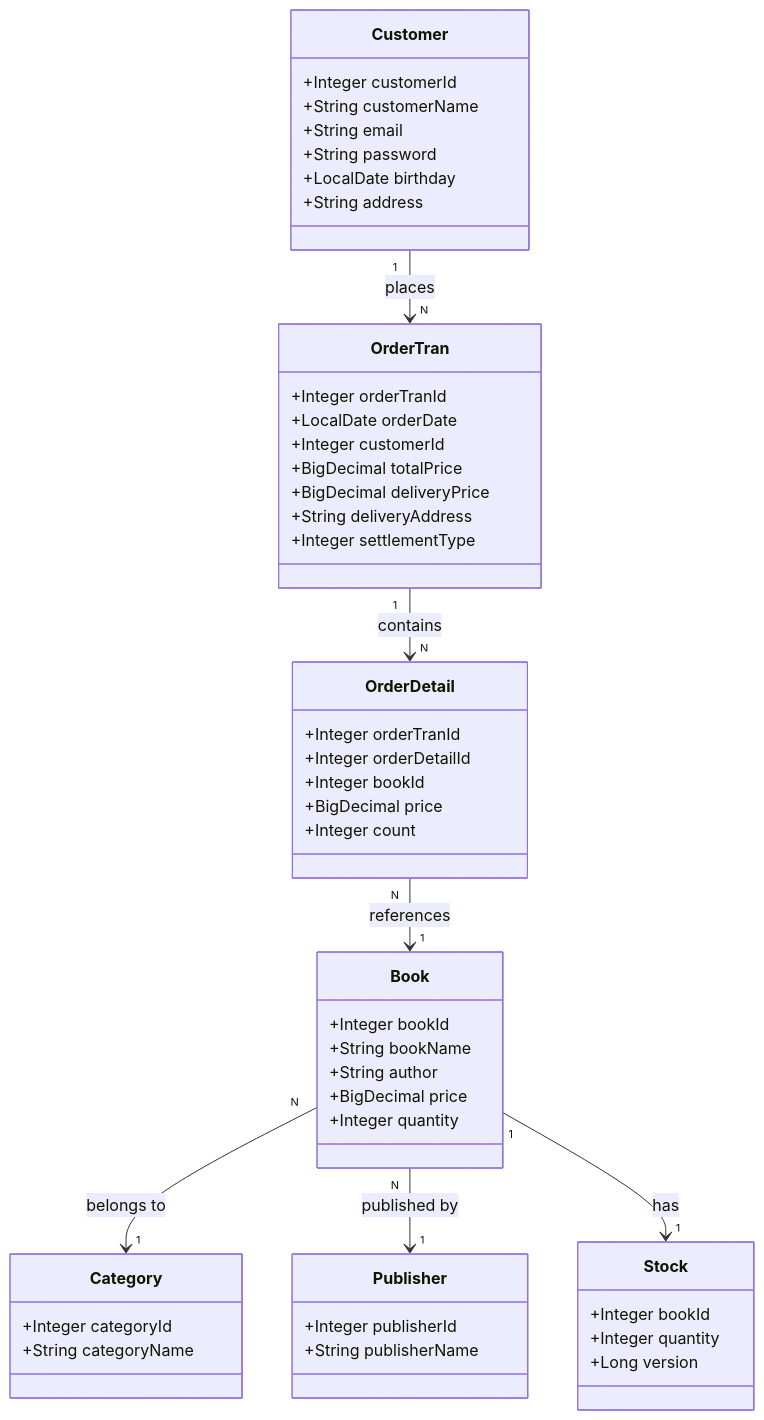
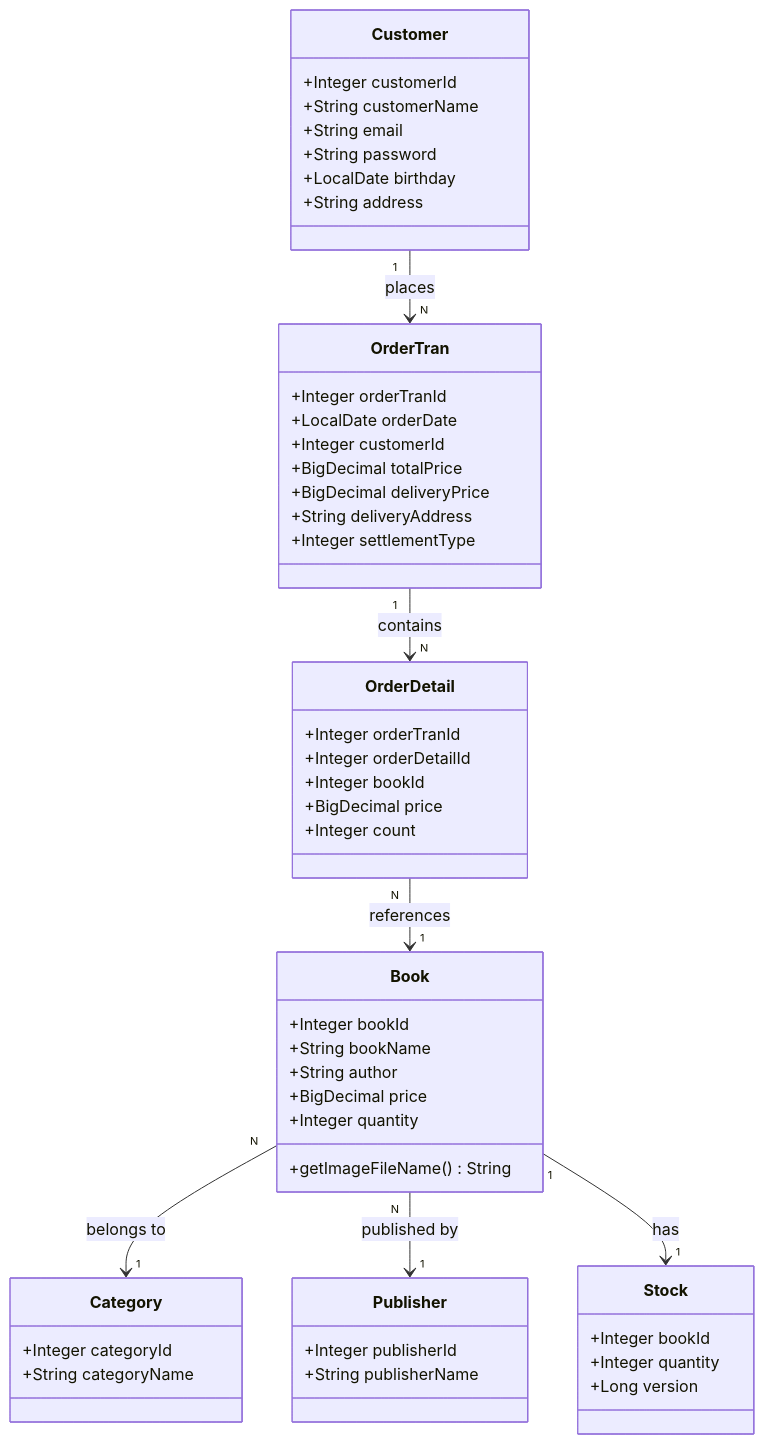
Before and after one commit to KenyaSaitoh/ai_dev_training_202512: the second of 8 diagrams in projects/java/berry-books-mvc-sdd/specs/baseline/system/data_model.md, drawn with Mermaid. The commit also changed other lines of this file and 365 other files, not shown here.

````diff
--- a/projects/java/berry-books-mvc-sdd/specs/baseline/system/data_model.md
+++ b/projects/java/berry-books-mvc-sdd/specs/baseline/system/data_model.md
@@ -78,60 +78,61 @@
 ```mermaid
 classDiagram
     class Book {
         +Integer bookId
         +String bookName
         +String author
         +BigDecimal price
         +Integer quantity
+        +getImageFileName() String
     }
     
     class Category {
         +Integer categoryId
         +String categoryName
     }
     
     class Publisher {
         +Integer publisherId
         +String publisherName
     }
     
     class Stock {
         +Integer bookId
         +Integer quantity
         +Long version
     }
     
     class Customer {
         +Integer customerId
         +String customerName
         +String email
         +String password
         +LocalDate birthday
         +String address
     }
     
     class OrderTran {
         +Integer orderTranId
         +LocalDate orderDate
         +Integer customerId
         +BigDecimal totalPrice
         +BigDecimal deliveryPrice
         +String deliveryAddress
         +Integer settlementType
     }
     
     class OrderDetail {
         +Integer orderTranId
         +Integer orderDetailId
         +Integer bookId
         +BigDecimal price
         +Integer count
     }
     
     Book "N" --> "1" Category : belongs to
     Book "N" --> "1" Publisher : published by
     Book "1" --> "1" Stock : has
     Customer "1" --> "N" OrderTran : places
     OrderTran "1" --> "N" OrderDetail : contains
     OrderDetail "N" --> "1" Book : references
 ```
````
